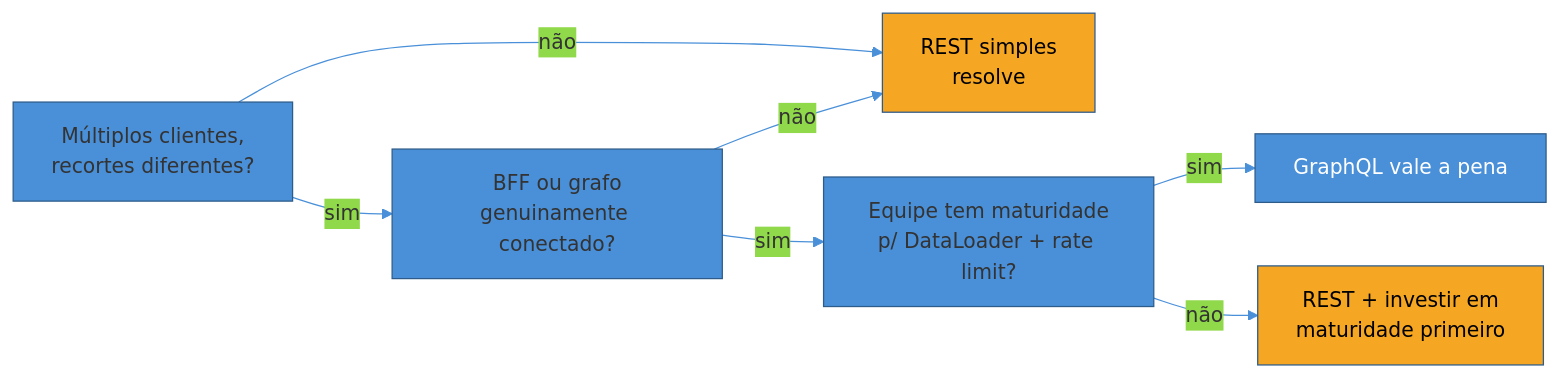
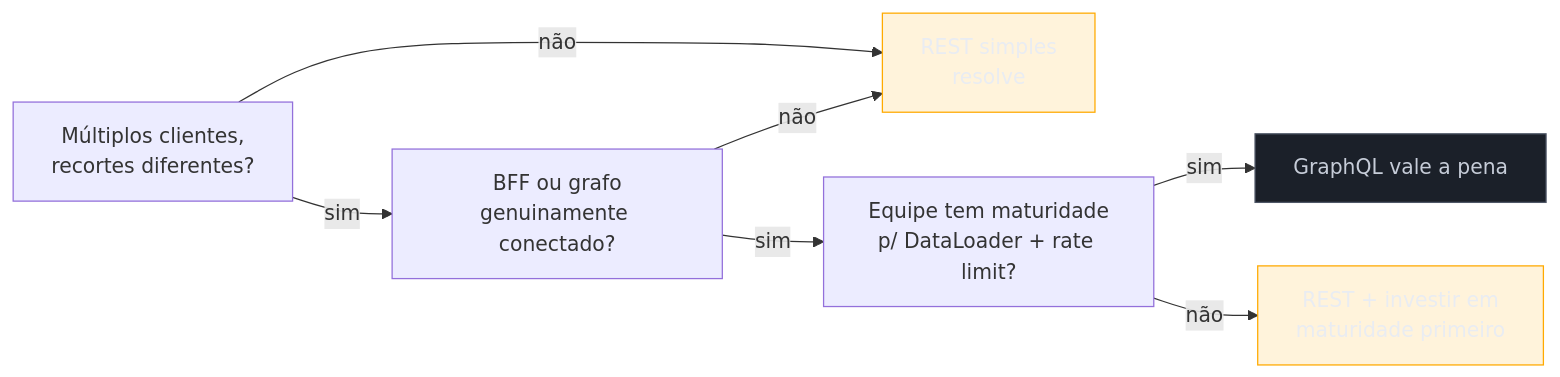
One commit to josenaldo/codex-technomanticus changed the second of 2 diagrams in 03-Dominios/Engenharia/Comunicação entre Sistemas/2 - Comunicação síncrona/04 - GraphQL — schema, resolvers e quando vale.md. Above: the diagram before and after it, drawn with Mermaid. The commit also changed other lines of this file and 1181 other files, not shown here.

First line of the commit message:
fix(diagramas): paleta do sistema no lugar de cor cravada no markdown

````diff
--- a/03-Dominios/Engenharia/Comunicação entre Sistemas/2 - Comunicação síncrona/04 - GraphQL — schema, resolvers e quando vale.md
+++ b/03-Dominios/Engenharia/Comunicação entre Sistemas/2 - Comunicação síncrona/04 - GraphQL — schema, resolvers e quando vale.md
@@ -242,13 +244,14 @@
 ```mermaid
-%%{init: {"theme": "base", "themeVariables": {"primaryColor": "#4A90D9", "primaryBorderColor": "#2E5C8A", "lineColor": "#4A90D9"}}}%%
 graph LR
+    classDef neutro fill:#1B2029,stroke:#4E5666,color:#C6CCD8
+    classDef destaque fill:#FFAA0024,stroke:#FFAA00,color:#E9ECF2
     A["Múltiplos clientes,<br/>recortes diferentes?"] -->|sim| B["BFF ou grafo<br/>genuinamente conectado?"]
     A -->|não| REST1["REST simples<br/>resolve"]
     B -->|sim| C["Equipe tem maturidade<br/>p/ DataLoader + rate limit?"]
     B -->|não| REST1
     C -->|sim| GQL["GraphQL vale a pena"]
     C -->|não| REST2["REST + investir em<br/>maturidade primeiro"]
-    style GQL fill:#4A90D9,color:#fff
-    style REST1 fill:#F5A623,color:#000
-    style REST2 fill:#F5A623,color:#000
+    class GQL neutro
+    class REST1 destaque
+    class REST2 destaque
 ```
````
